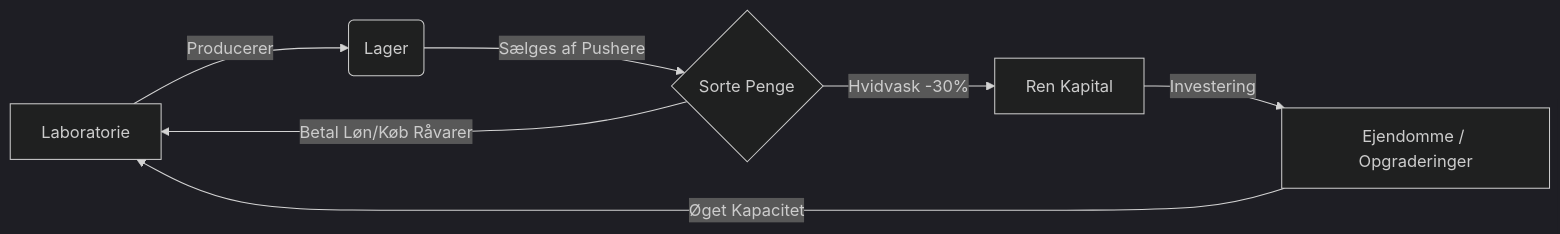
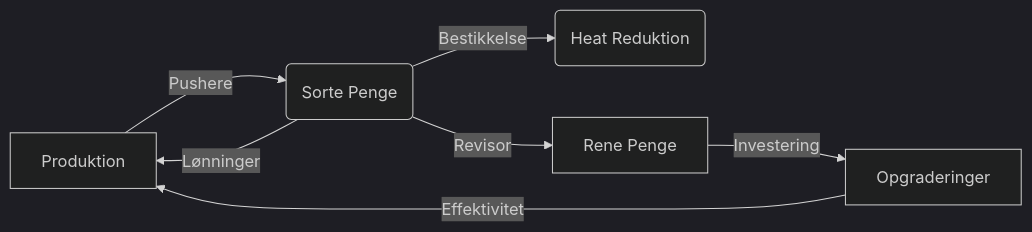
One commit to KanishDK/Syndicate-os changed the diagram in README.md. Above: the diagram before and after it, drawn with Mermaid (dark theme). The commit also changed other lines of this file, not shown here.

````diff
--- a/README.md
+++ b/README.md
@@ -106,9 +57,9 @@
 ```mermaid
 graph LR
-    A[Laboratorie] -->|Producerer| B(Lager)
-    B -->|Sælges af Pushere| C{Sorte Penge}
-    C -->|Betal Løn/Køb Råvarer| A
-    C -->|Hvidvask -30%| D[Ren Kapital]
-    D -->|Investering| E[Ejendomme / Opgraderinger]
-    E -->|Øget Kapacitet| A
+    P[Produktion] -->|Pushere| S(Sorte Penge)
+    S -->|Lønninger| P
+    S -->|Bestikkelse| H(Heat Reduktion)
+    S -->|Revisor| R[Rene Penge]
+    R -->|Investering| U[Opgraderinger]
+    U -->|Effektivitet| P
 ```
````
